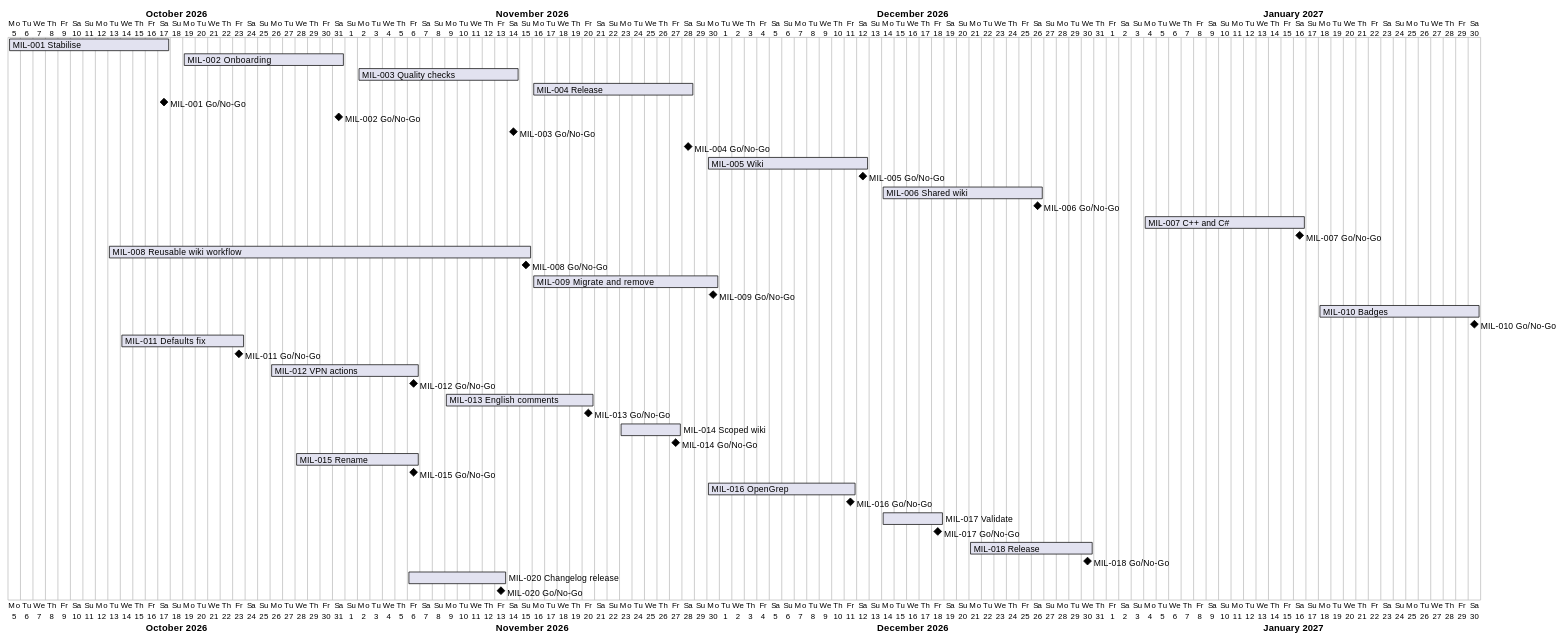
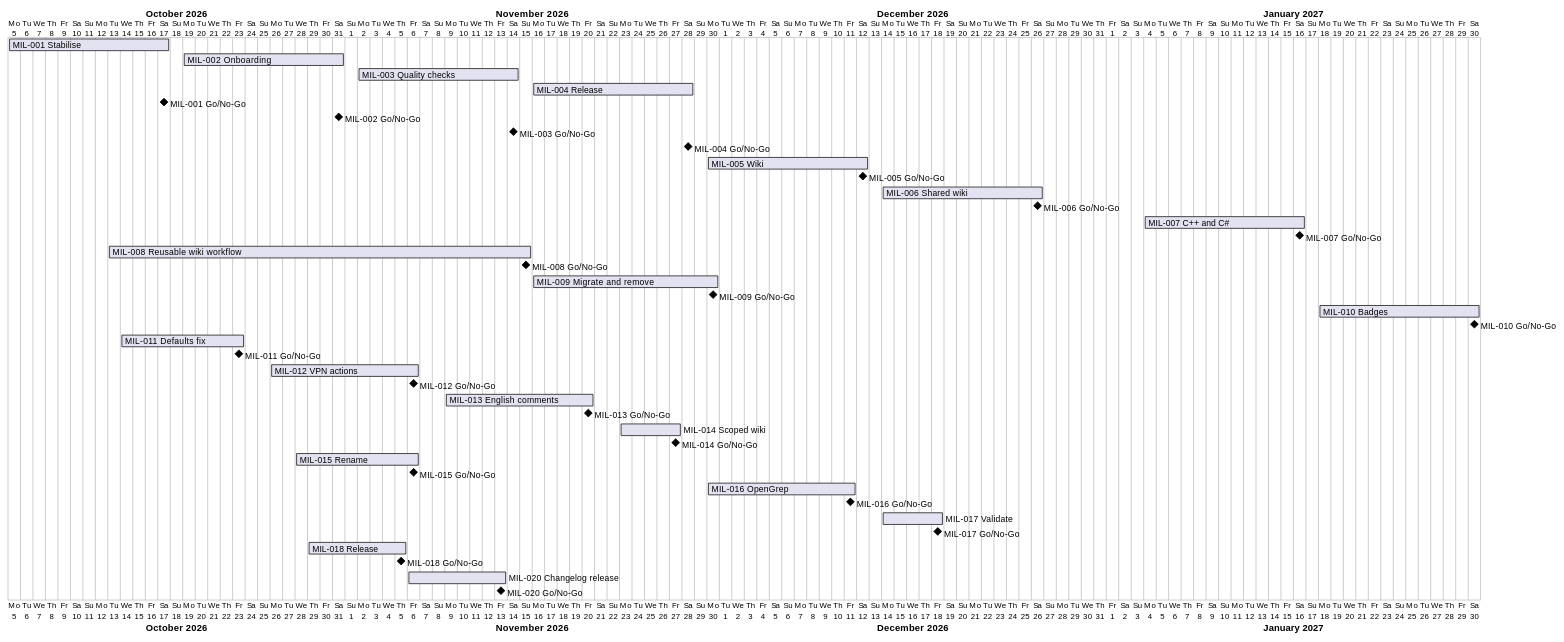
One commit to TirSystem/git-workflows changed the diagram in docs/project-plan.md. Above: the diagram before and after it, drawn with PlantUML. The commit also changed other lines of this file and 4 other files, not shown here.

````diff
--- a/docs/project-plan.md
+++ b/docs/project-plan.md
@@ -63,43 +63,43 @@
 ```plantuml
 @startgantt
 Project starts 2026-10-05
 [MIL-001 Stabilise] starts 2026-10-05 and ends 2026-10-17
 [MIL-002 Onboarding] starts 2026-10-19 and ends 2026-10-31
 [MIL-003 Quality checks] starts 2026-11-02 and ends 2026-11-14
 [MIL-004 Release] starts 2026-11-16 and ends 2026-11-28
 [MIL-001 Go/No-Go] happens 2026-10-17
 [MIL-002 Go/No-Go] happens 2026-10-31
 [MIL-003 Go/No-Go] happens 2026-11-14
 [MIL-004 Go/No-Go] happens 2026-11-28
 [MIL-005 Wiki] starts 2026-11-30 and ends 2026-12-12
 [MIL-005 Go/No-Go] happens 2026-12-12
 [MIL-006 Shared wiki] starts 2026-12-14 and ends 2026-12-26
 [MIL-006 Go/No-Go] happens 2026-12-26
 [MIL-007 C++ and C#] starts 2027-01-04 and ends 2027-01-16
 [MIL-007 Go/No-Go] happens 2027-01-16
 [MIL-008 Reusable wiki workflow] starts 2026-10-13 and ends 2026-11-15
 [MIL-008 Go/No-Go] happens 2026-11-15
 [MIL-009 Migrate and remove] starts 2026-11-16 and ends 2026-11-30
 [MIL-009 Go/No-Go] happens 2026-11-30
 [MIL-010 Badges] starts 2027-01-18 and ends 2027-01-30
 [MIL-010 Go/No-Go] happens 2027-01-30
 [MIL-011 Defaults fix] starts 2026-10-14 and ends 2026-10-23
 [MIL-011 Go/No-Go] happens 2026-10-23
 [MIL-012 VPN actions] starts 2026-10-26 and ends 2026-11-06
 [MIL-012 Go/No-Go] happens 2026-11-06
 [MIL-013 English comments] starts 2026-11-09 and ends 2026-11-20
 [MIL-013 Go/No-Go] happens 2026-11-20
 [MIL-014 Scoped wiki] starts 2026-11-23 and ends 2026-11-27
 [MIL-014 Go/No-Go] happens 2026-11-27
 [MIL-015 Rename] starts 2026-10-28 and ends 2026-11-06
 [MIL-015 Go/No-Go] happens 2026-11-06
 [MIL-016 OpenGrep] starts 2026-11-30 and ends 2026-12-11
 [MIL-016 Go/No-Go] happens 2026-12-11
 [MIL-017 Validate] starts 2026-12-14 and ends 2026-12-18
 [MIL-017 Go/No-Go] happens 2026-12-18
-[MIL-018 Release] starts 2026-12-21 and ends 2026-12-30
-[MIL-018 Go/No-Go] happens 2026-12-30
+[MIL-018 Release] starts 2026-10-29 and ends 2026-11-05
+[MIL-018 Go/No-Go] happens 2026-11-05
 [MIL-020 Changelog release] starts 2026-11-06 and ends 2026-11-13
 [MIL-020 Go/No-Go] happens 2026-11-13
 @endgantt
 ```
````
